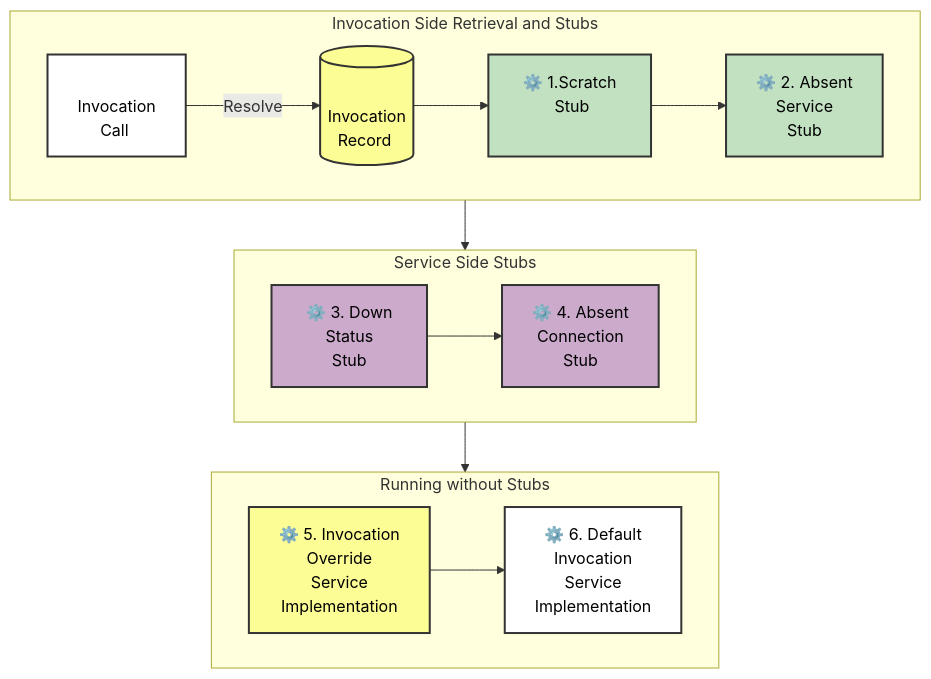
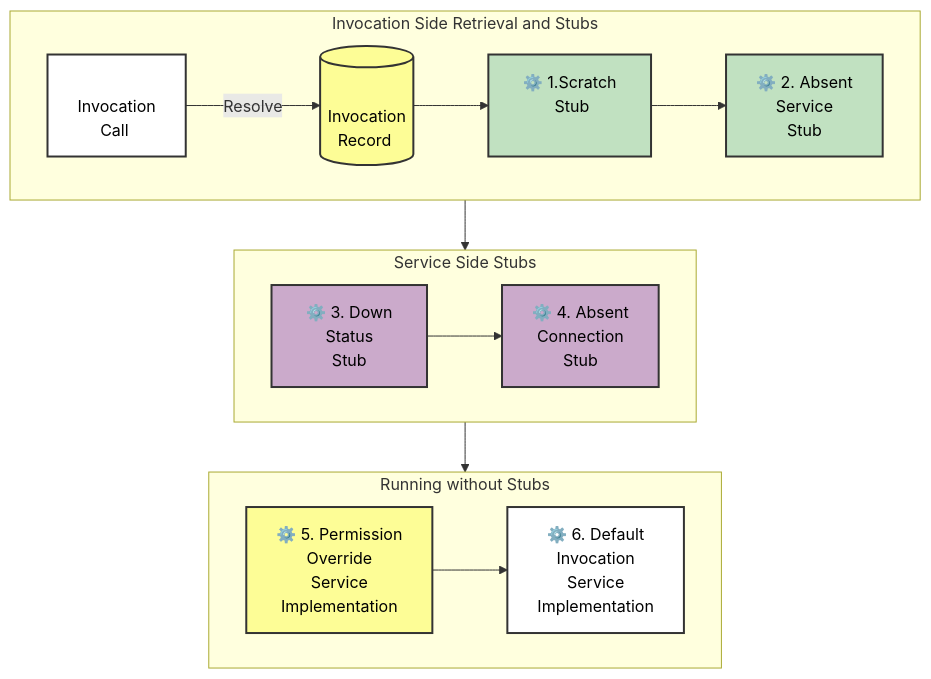
Diagram 13 of 15 in docs/MicroscopeSolution.md (kevinhenryburke/microscope-pub), drawn with Mermaid before and after one commit. The commit also changed other lines of this file and 4 other files, not shown here.

````diff
--- a/docs/MicroscopeSolution.md
+++ b/docs/MicroscopeSolution.md
@@ -621,37 +621,37 @@
 ```mermaid
 graph TB
     subgraph invSide["Invocation Side Retrieval and Stubs"]
     direction LR
         n0["&nbsp;<br>Invocation<br>Call&nbsp;"]
         n0a[("&nbsp;<br>Invocation<br>Record&nbsp;")]
         n1["&nbsp;⚙️ 1.Scratch&nbsp;<br>&nbsp;Stub<br>&nbsp;"]
         n2["⚙️ 2. Absent<br>Service<br>&nbsp;Stub&nbsp;"]
         n0 -->|Resolve| n0a
         n0a --> n1
         n1 --> n2
     end
     subgraph svcSide["Service Side Stubs"]
     direction LR
         n3["&nbsp;⚙️ 3. Down&nbsp;<br>&nbsp;Status&nbsp;<br>&nbsp;Stub&nbsp;"]
         n4["⚙️ 4. Absent<br>Connection<br>&nbsp;Stub&nbsp;"]
         n3 --> n4
     end
     subgraph noStubs["Running without Stubs"]
-        n5["⚙️ 5. Invocation<br>Override<br>Service<br>Implementation"]
+        n5["⚙️ 5. Permission<br>Override<br>Service<br>Implementation"]
         n6["⚙️ 6. Default<br>Invocation<br>Service<br>Implementation"]
     end
     invSide --> svcSide
     svcSide --> noStubs
     n5 --> n6
 
     classDef whiteBox fill:#ffffff,stroke:#333,stroke-width:2px,color:#000000
     classDef greenBox fill:#c1e1c1,stroke:#333,stroke-width:2px,color:#000000
     classDef purpleBox fill:#cbaacb,stroke:#333,stroke-width:2px,color:#000000
     classDef yellowBox fill:#fdfd96,stroke:#333,stroke-width:2px,color:#000000
     classDef blueBox fill:#aec6cf,stroke:#333,stroke-width:2px,color:#000000
 
     class n0,n6 whiteBox
     class n1,n2 greenBox
     class n3,n4 purpleBox
     class n0a,n5 yellowBox
 ```
````
